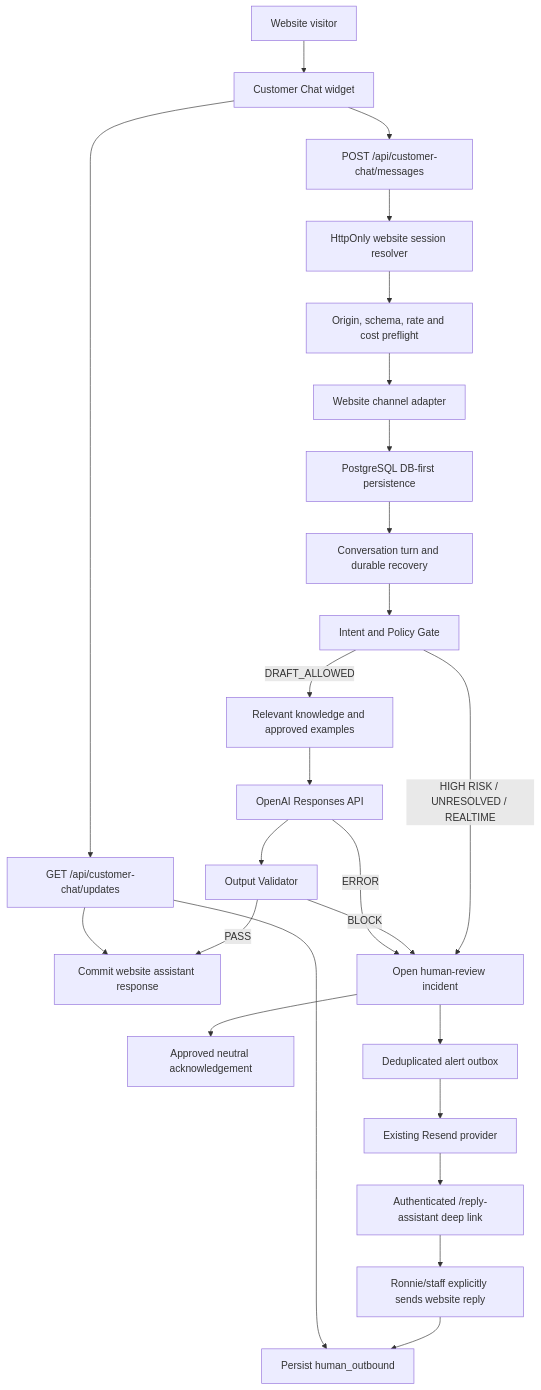
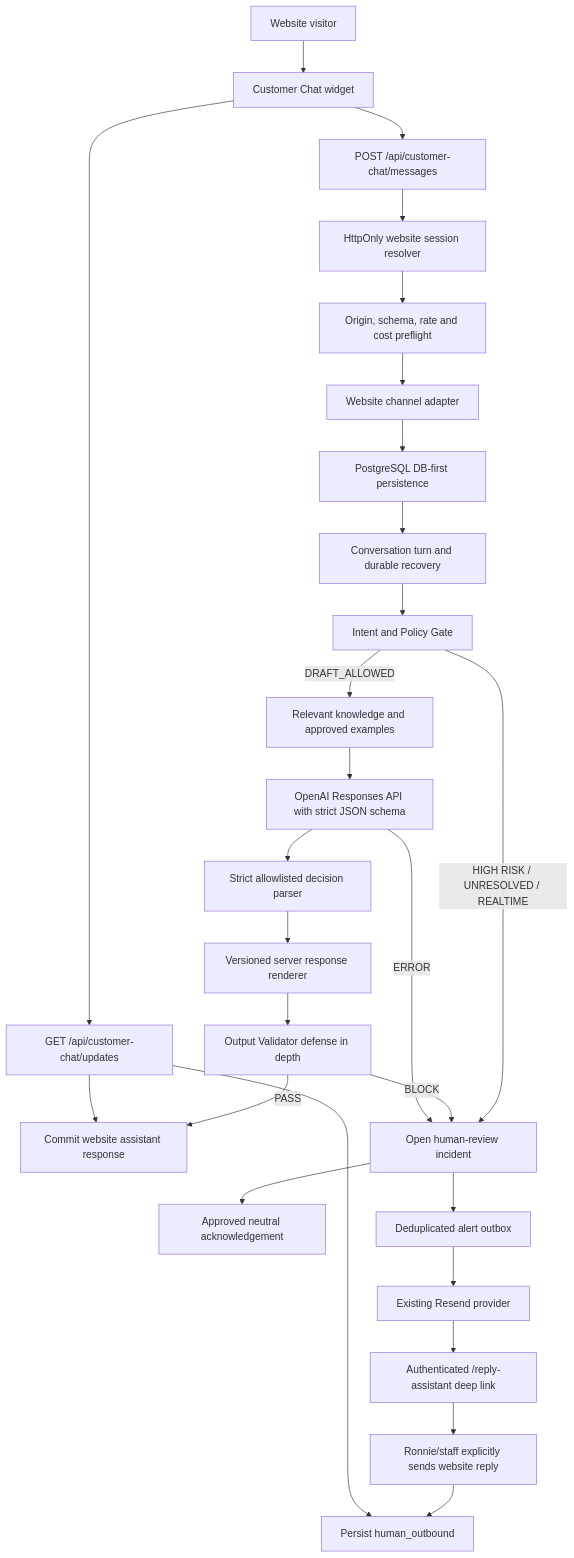
The diagram in docs/superpowers/specs/2026-08-21-website-customer-assistant-design.md (RONNIE1013LI/rnr-gallery-next), drawn with Mermaid before and after one commit. The commit also changed other lines of this file and 15 other files, not shown here.

````diff
--- a/docs/superpowers/specs/2026-08-21-website-customer-assistant-design.md
+++ b/docs/superpowers/specs/2026-08-21-website-customer-assistant-design.md
@@ -16,27 +16,29 @@
 ```mermaid
 flowchart TD
   Visitor[Website visitor] --> Widget[Customer Chat widget]
   Widget --> PublicPost[POST /api/customer-chat/messages]
   PublicPost --> Session[HttpOnly website session resolver]
   Session --> Limits[Origin, schema, rate and cost preflight]
   Limits --> Adapter[Website channel adapter]
   Adapter --> Persist[PostgreSQL DB-first persistence]
   Persist --> Turn[Conversation turn and durable recovery]
   Turn --> Gate[Intent and Policy Gate]
   Gate -->|DRAFT_ALLOWED| Knowledge[Relevant knowledge and approved examples]
-  Knowledge --> Provider[OpenAI Responses API]
-  Provider --> Validator[Output Validator]
+  Knowledge --> Provider[OpenAI Responses API with strict JSON schema]
+  Provider --> Decision[Strict allowlisted decision parser]
+  Decision --> Renderer[Versioned server response renderer]
+  Renderer --> Validator[Output Validator defense in depth]
   Validator -->|PASS| Publish[Commit website assistant response]
   Gate -->|HIGH RISK / UNRESOLVED / REALTIME| Review[Open human-review incident]
   Validator -->|BLOCK| Review
   Provider -->|ERROR| Review
   Review --> Ack[Approved neutral acknowledgement]
   Review --> Outbox[Deduplicated alert outbox]
   Outbox --> Resend[Existing Resend provider]
   Resend --> AdminLink[Authenticated /reply-assistant deep link]
   AdminLink --> HumanReply[Ronnie/staff explicitly sends website reply]
   HumanReply --> WebsiteHistory[Persist human_outbound]
   Widget --> PublicGet[GET /api/customer-chat/updates]
   PublicGet --> WebsiteHistory
   PublicGet --> Publish
 ```
````
